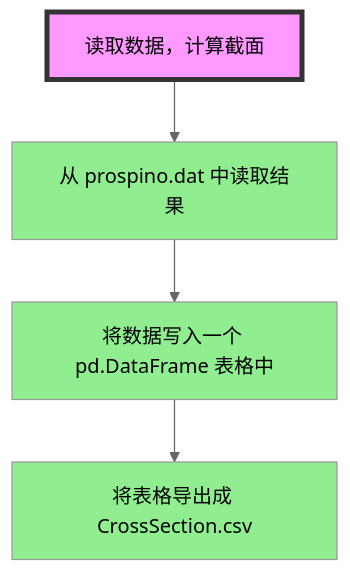
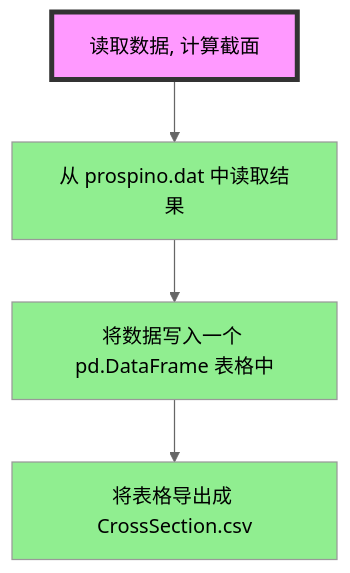
One commit to vooum/SUSYphe changed the first of 3 diagrams in README.md. Above: the diagram before and after it, drawn with Mermaid (neutral theme). The commit also changed other lines of this file, not shown here.

Commit message:
修改 README.md 中的语法错误

````diff
--- a/README.md
+++ b/README.md
@@ -15,10 +15,10 @@
 ```mermaid
 graph TB
-    A[读取数据，计算截面] --> B[从 prospino.dat 中读取结果];
+    A[读取数据, 计算截面] --> B[从 prospino.dat 中读取结果];
     B --> C[将数据写入一个 pd.DataFrame 表格中];
     C --> D[将表格导出成 CrossSection.csv];
-    style A fill:#f9f,stroke:#333,stroke-width:4px
-    style B fill:#90EE90
-    style C fill:#90EE90
-    style D fill:#90EE90
+    style A fill:#f9f,stroke:#333,stroke-width:4px;
+    style B fill:#90EE90;
+    style C fill:#90EE90;
+    style D fill:#90EE90;
 ```
````
